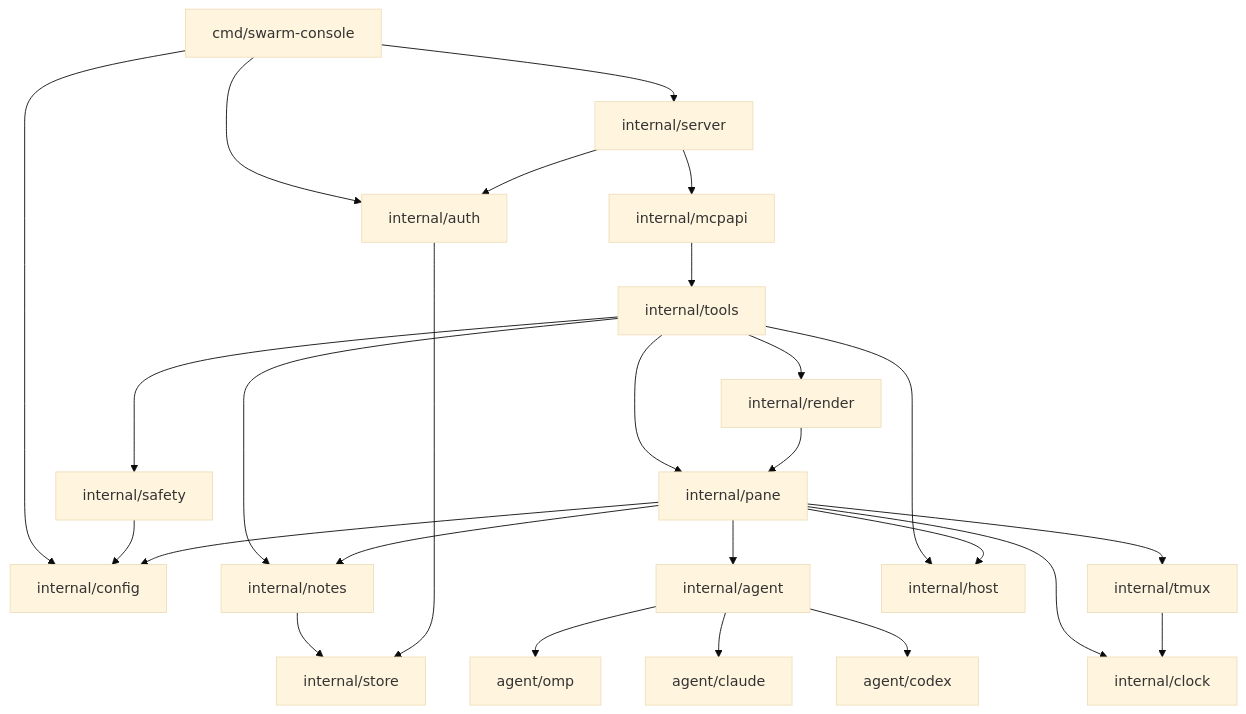
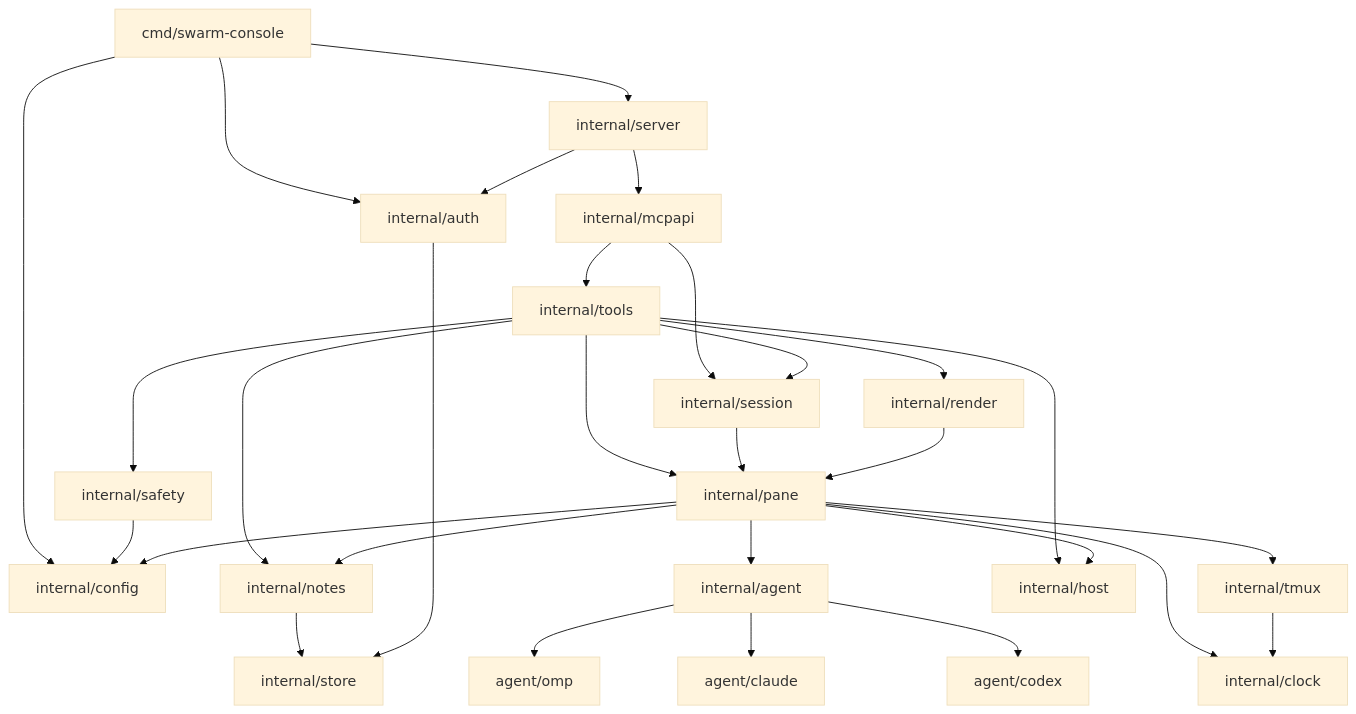
Before and after one commit to ousiassllc/swarm-console: the diagram in docs/components/overview.md, drawn with Mermaid (base theme). The commit also changed other lines of this file and 17 other files, not shown here.

````diff
--- a/docs/components/overview.md
+++ b/docs/components/overview.md
@@ -7,47 +7,51 @@
 ```mermaid
 graph TD
     MAIN["cmd/swarm-console"]
     CFG["internal/config"]
     SRV["internal/server"]
     AUTH["internal/auth"]
     MCPAPI["internal/mcpapi"]
     TOOLS["internal/tools"]
+    SESSION["internal/session"]
     PANE["internal/pane"]
     NOTES["internal/notes"]
     RENDER["internal/render"]
     SAFETY["internal/safety"]
     AGENT["internal/agent"]
     OMP["agent/omp"]
     CLAUDE["agent/claude"]
     CODEX["agent/codex"]
     TMUX["internal/tmux"]
     HOST["internal/host"]
     STORE["internal/store"]
     CLOCK["internal/clock"]
 
     MAIN --> CFG
     MAIN --> SRV
     MAIN --> AUTH
     SRV --> AUTH
     SRV --> MCPAPI
     MCPAPI --> TOOLS
+    MCPAPI --> SESSION
     TOOLS --> PANE
+    TOOLS --> SESSION
+    SESSION --> PANE
     TOOLS --> NOTES
     TOOLS --> RENDER
     TOOLS --> SAFETY
     TOOLS --> HOST
     PANE --> AGENT
     PANE --> TMUX
     PANE --> HOST
     PANE --> CLOCK
     PANE --> NOTES
     RENDER --> PANE
     AGENT --> OMP
     AGENT --> CLAUDE
     AGENT --> CODEX
     NOTES --> STORE
     AUTH --> STORE
     TMUX --> CLOCK
     SAFETY --> CFG
     PANE --> CFG
 ```
````
